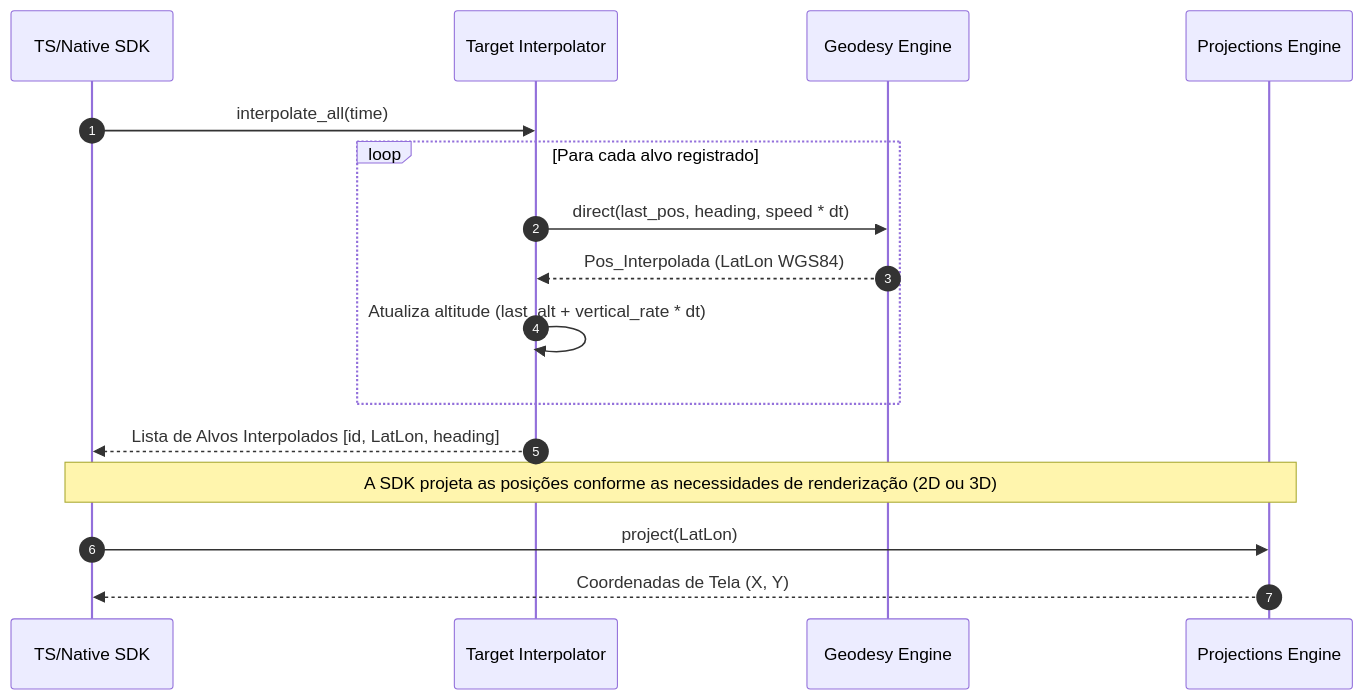
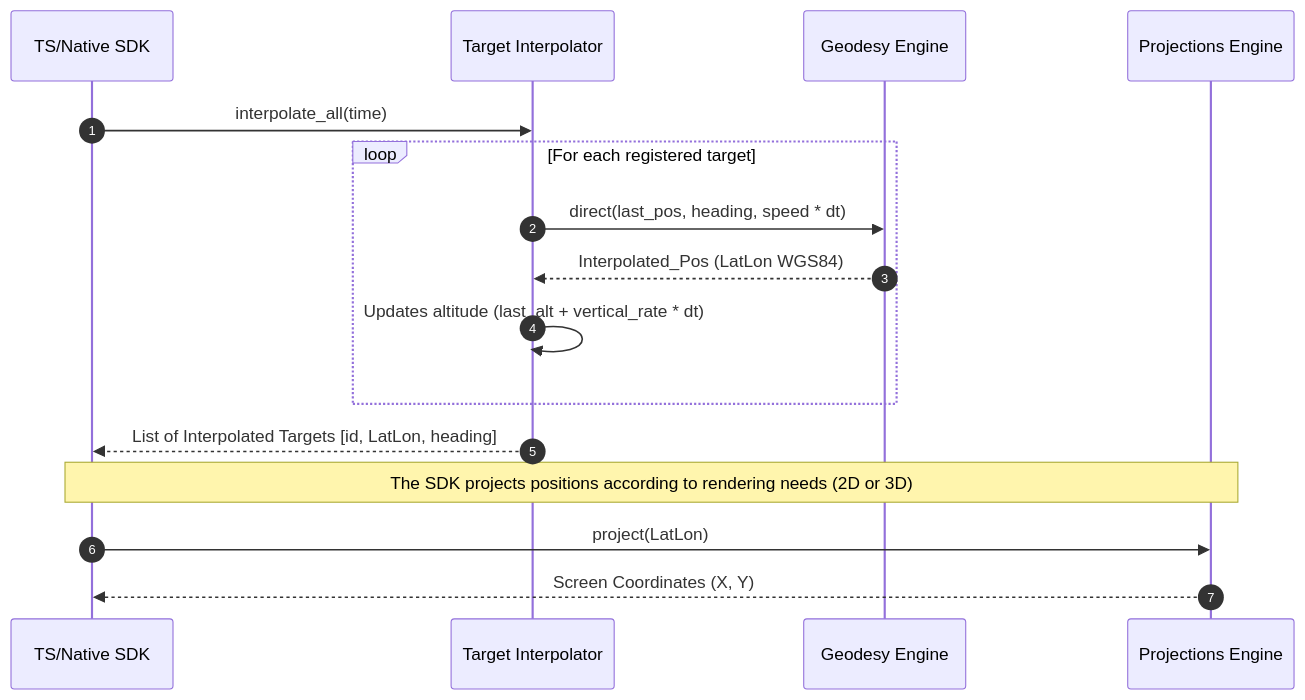
The second of 3 diagrams in docs/core/components.md (rodoni/olayer), drawn with Mermaid before and after one commit. The commit also changed other lines of this file and 29 other files, not shown here.

````diff
--- a/docs/core/components.md
+++ b/docs/core/components.md
@@ -446,20 +450,20 @@
 ```mermaid
 sequenceDiagram
     autonumber
     participant SDK as TS/Native SDK
     participant Inter as Target Interpolator
     participant Geo as Geodesy Engine
     participant Proj as Projections Engine
     
     SDK->>Inter: interpolate_all(time)
-    loop Para cada alvo registrado
+    loop For each registered target
         Inter->>Geo: direct(last_pos, heading, speed * dt)
-        Geo-->>Inter: Pos_Interpolada (LatLon WGS84)
-        Inter->>Inter: Atualiza altitude (last_alt + vertical_rate * dt)
+        Geo-->>Inter: Interpolated_Pos (LatLon WGS84)
+        Inter->>Inter: Updates altitude (last_alt + vertical_rate * dt)
     end
-    Inter-->>SDK: Lista de Alvos Interpolados [id, LatLon, heading]
+    Inter-->>SDK: List of Interpolated Targets [id, LatLon, heading]
     
-    Note over SDK, Proj: A SDK projeta as posições conforme as necessidades de renderização (2D ou 3D)
+    Note over SDK, Proj: The SDK projects positions according to rendering needs (2D or 3D)
     SDK->>Proj: project(LatLon)
-    Proj-->>SDK: Coordenadas de Tela (X, Y)
+    Proj-->>SDK: Screen Coordinates (X, Y)
 ```
````
